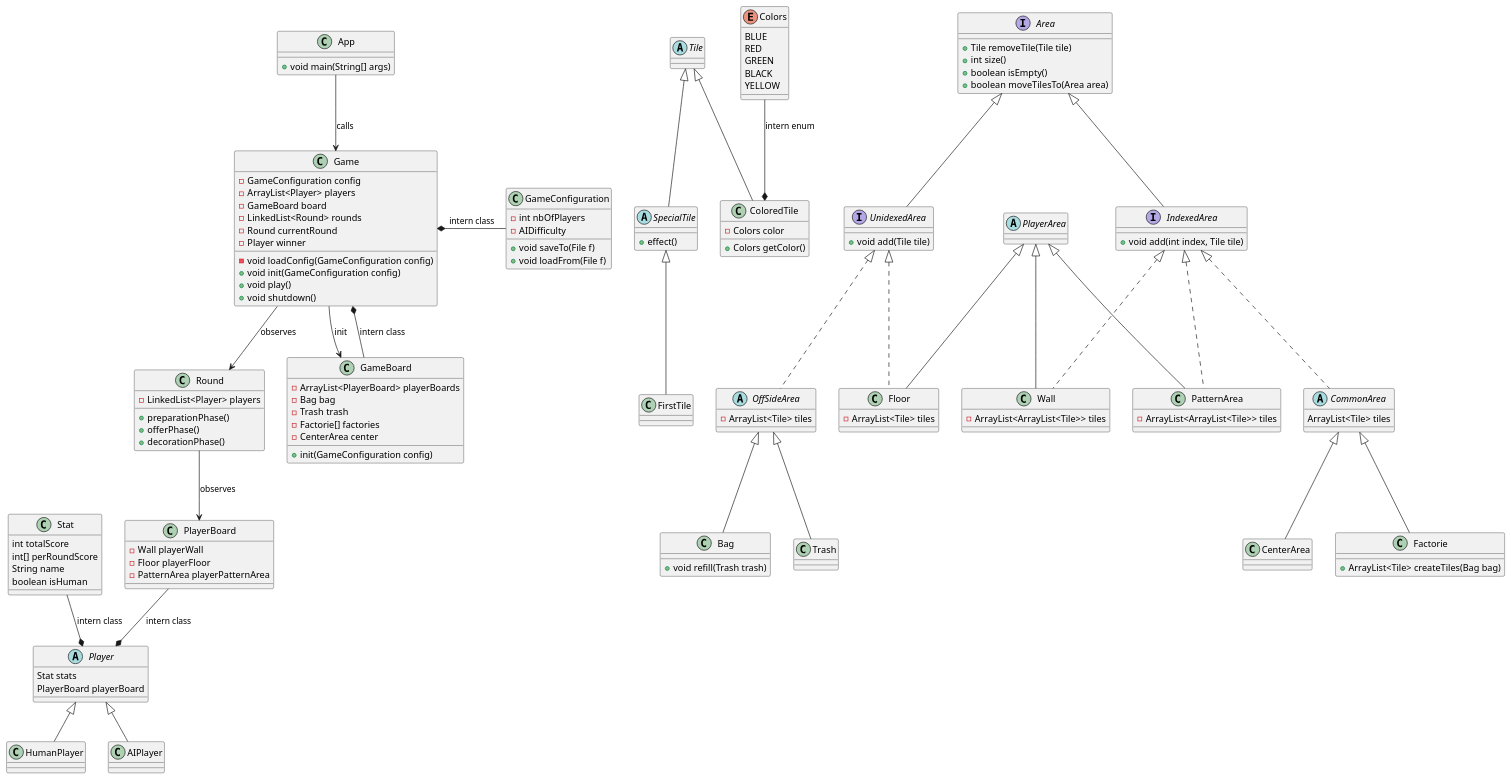
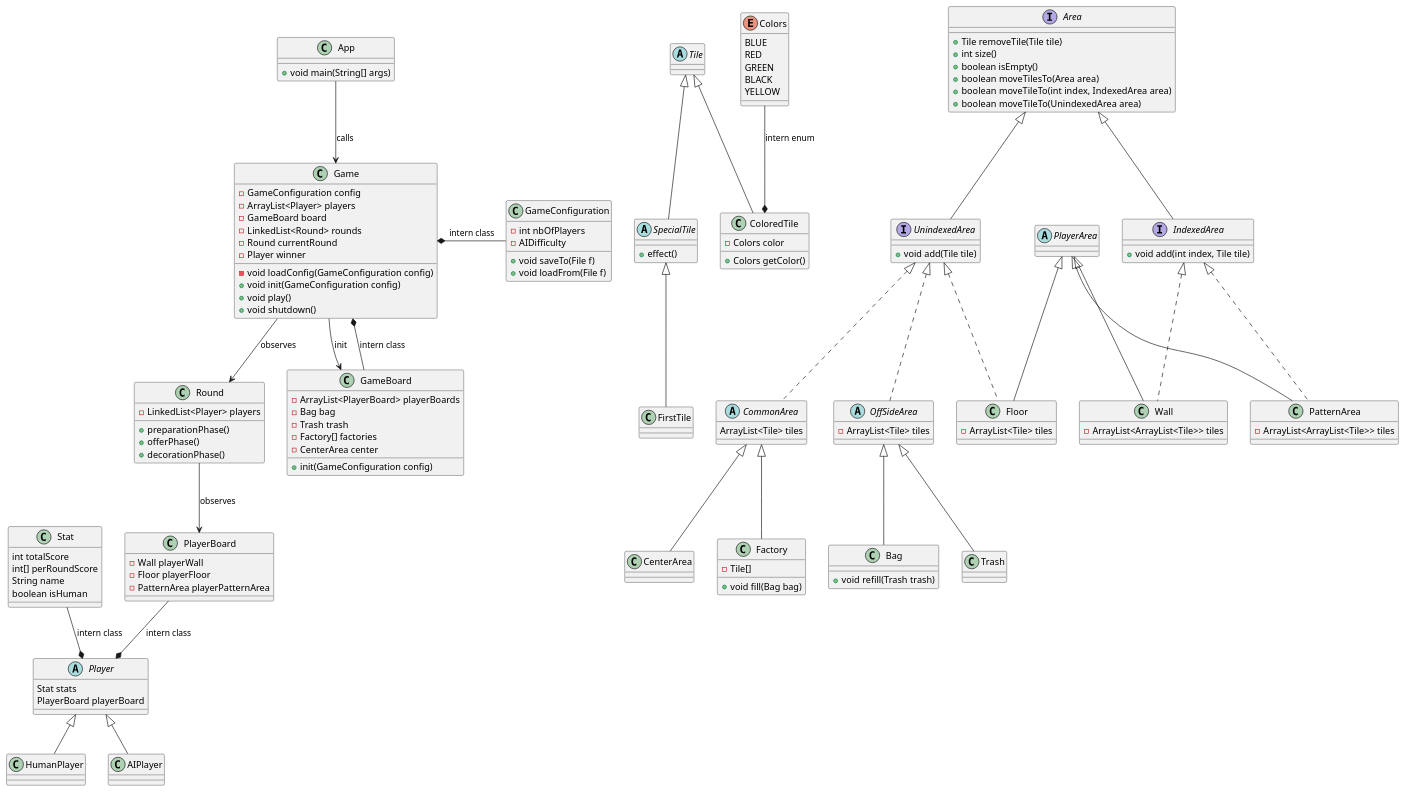
One commit to nsouff/Azul changed the diagram in proj.puml. Above: the diagram before and after it, drawn with PlantUML. The commit also changed 1 other file, not shown here.

Commit message:
Fixes on Area interface

```diff
--- a/proj.puml
+++ b/proj.puml
@@ -1,166 +1,169 @@
 @startuml
 
 Abstract class Tile {
 }
 
 
 Tile <|-- SpecialTile
 abstract class SpecialTile {
 	+effect()
 }
 
 Tile <|-- ColoredTile
 class ColoredTile {
 	-Colors color
 	+Colors getColor()
 }
 
 SpecialTile <|-- FirstTile
 class FirstTile
 
 Colors --* ColoredTile : "intern enum"
 enum Colors {
 	BLUE
 	RED
 	GREEN
 	BLACK
 	YELLOW
 }
 
 
 interface Area {
 	+Tile removeTile(Tile tile)
 	+int size()
 	+boolean isEmpty()
 	+boolean moveTilesTo(Area area)
+	+boolean moveTileTo(int index, IndexedArea area)
+	+boolean moveTileTo(UnindexedArea area)
 }
-Area <|-- UnidexedArea
-interface UnidexedArea {
+Area <|-- UnindexedArea
+interface UnindexedArea {
 	+void add(Tile tile)
 }
 
 Area <|-- IndexedArea
 interface IndexedArea {
 	+void add(int index, Tile tile)
 }
 
-UnidexedArea <|.. OffSideArea
+UnindexedArea <|.. OffSideArea
 abstract class OffSideArea {
 	-ArrayList<Tile> tiles
 }
 
 OffSideArea <|-- Bag
 class Bag {
 	+void refill(Trash trash)
 }
 
 OffSideArea <|-- Trash
 class Trash {
 
 }
-IndexedArea <|.. CommonArea
+UnindexedArea <|.. CommonArea
 abstract class CommonArea {
 	ArrayList<Tile> tiles
 }
 CommonArea <|-- CenterArea
-CommonArea <|-- Factorie
-class Factorie {
-	+ArrayList<Tile> createTiles(Bag bag)
+CommonArea <|-- Factory
+class Factory {
+	-Tile[]
+	+void fill(Bag bag)
 }
 
 abstract class PlayerArea
 
 IndexedArea <|.. Wall
 PlayerArea <|-- Wall
 class Wall {
 	-ArrayList<ArrayList<Tile>> tiles
 }
 
-UnidexedArea <|.. Floor
+UnindexedArea <|.. Floor
 PlayerArea <|-- Floor
 class Floor {
 	-ArrayList<Tile> tiles
 }
 
 IndexedArea <|.. PatternArea
 PlayerArea <|-- PatternArea
 class PatternArea{
 	-ArrayList<ArrayList<Tile>> tiles
 }
 
 abstract class Player {
 	Stat stats
 	PlayerBoard playerBoard
 }
 
 Stat  --* Player : "intern class"
 class Stat {
 	int totalScore
 	int[] perRoundScore
 	String name
 	boolean isHuman
 }
 
 Player <|-- HumanPlayer
 Player <|-- AIPlayer
 
 
 class PlayerBoard
 PlayerBoard --* Player : "intern class"
 
 
 GameConfiguration -left-* Game : "intern class"
 class GameConfiguration {
 	-int nbOfPlayers
 	-AIDifficulty
 	+void saveTo(File f)
 	+void loadFrom(File f)
 }
 
 Game --> Round : "observes"
 class Game {
 	-GameConfiguration config
 	-ArrayList<Player> players
 	-GameBoard board
 	-LinkedList<Round> rounds
 	-Round currentRound
 	-Player winner
 	-void loadConfig(GameConfiguration config)
 	+void init(GameConfiguration config)
 	+void play()
 	+void shutdown()
 }
 
 Game --> GameBoard : "init"
 GameBoard --* Game : "intern class"
 class GameBoard {
 	-ArrayList<PlayerBoard> playerBoards
 	-Bag bag
 	-Trash trash
-	-Factorie[] factories
+	-Factory[] factories
 	-CenterArea center
 	+init(GameConfiguration config)
 }
 
 Round --> PlayerBoard : "observes"
 class PlayerBoard {
 	-Wall playerWall
 	-Floor playerFloor
 	-PatternArea playerPatternArea
 }
 
 class Round {
 	-LinkedList<Player> players
 	+preparationPhase()
 	+offerPhase()
 	+decorationPhase()
 }
 
 
 App --> Game : "calls"
 class App {
 	+void main(String[] args)
 }
 
 
 @enduml
```
